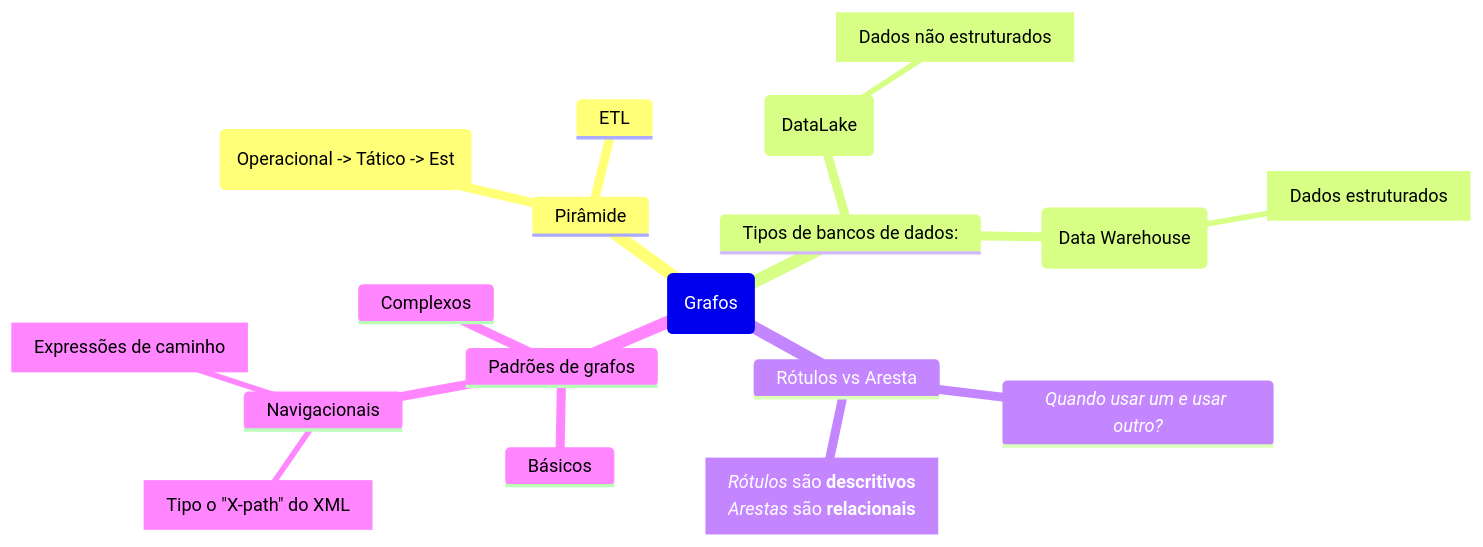
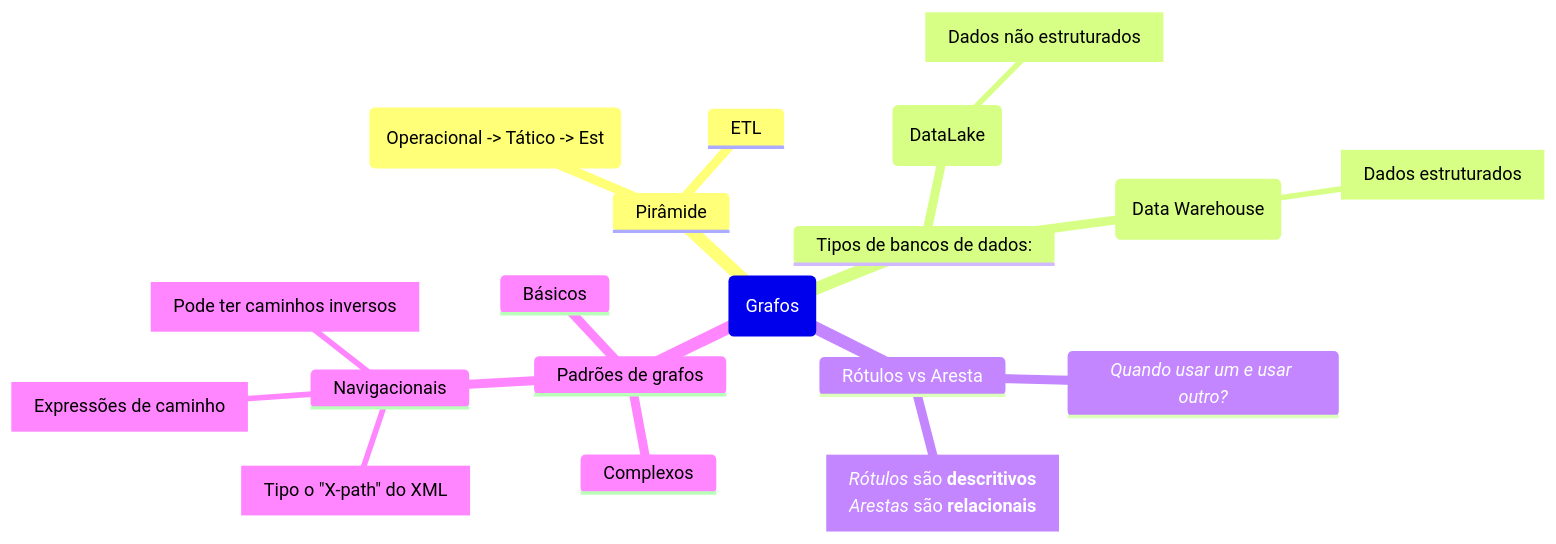
Before and after one commit to Igorino/joplin-notes: the diagram in Mestrado/Segundo Semestre/SIN5033 - Grafos de conhecimento e Ontologias/Anotações/De Aulas/Aula do dia 2026 04 08.md, drawn with Mermaid.

Commit message:
Exported on 2026-04-08_15-46-51

````diff
--- a/Mestrado/Segundo Semestre/SIN5033 - Grafos de conhecimento e Ontologias/Anotações/De Aulas/Aula do dia 2026 04 08.md
+++ b/Mestrado/Segundo Semestre/SIN5033 - Grafos de conhecimento e Ontologias/Anotações/De Aulas/Aula do dia 2026 04 08.md
@@ -1,28 +1,29 @@
 ```mermaid
 mindmap
 	Root(Grafos)
 		Pirâmide
 			("Operacional -> Tático -> Est")
 			ETL
 
 		Tipos de bancos de dados:		
 			(DataLake)
 				[Dados não estruturados]
 			(Data Warehouse)
 				[Dados estruturados]
 
 		Rótulos vs Aresta
 			*Quando usar um e usar outro?*
 			[*Rótulos* são **descritivos**
 			*Arestas* são **relacionais**]
 
 		Padrões de grafos
 			Básicos
 			Complexos
 			Navigacionais
 				[Tipo o "X-path" do XML]
-				[Expressões de caminho]
+				["Expressões de caminho"]
+				[Pode ter caminhos inversos]
 
 
 			
 ```
````
